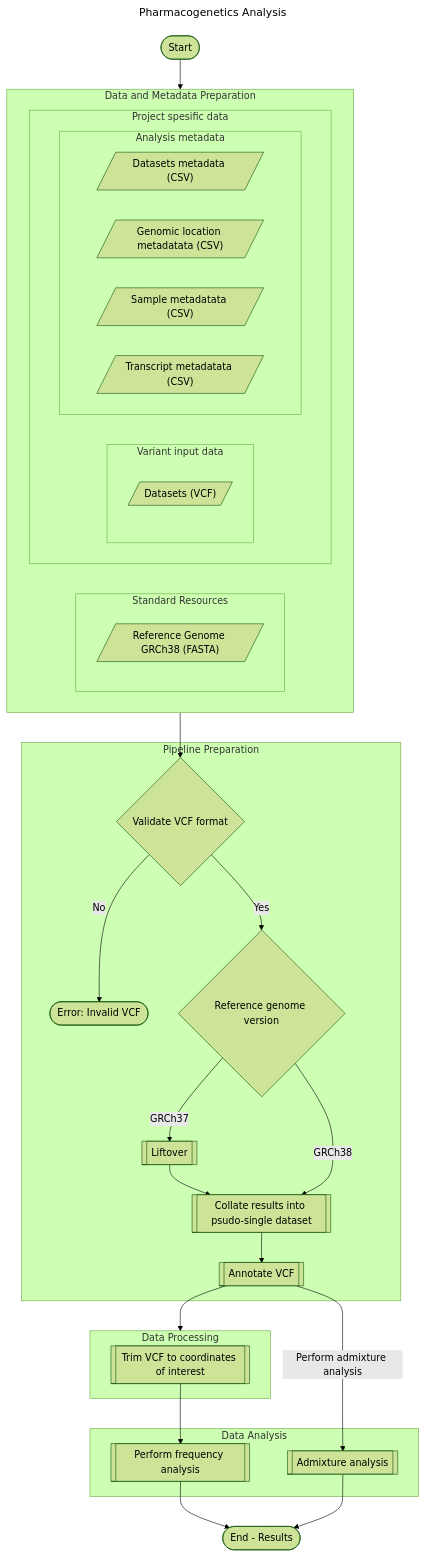
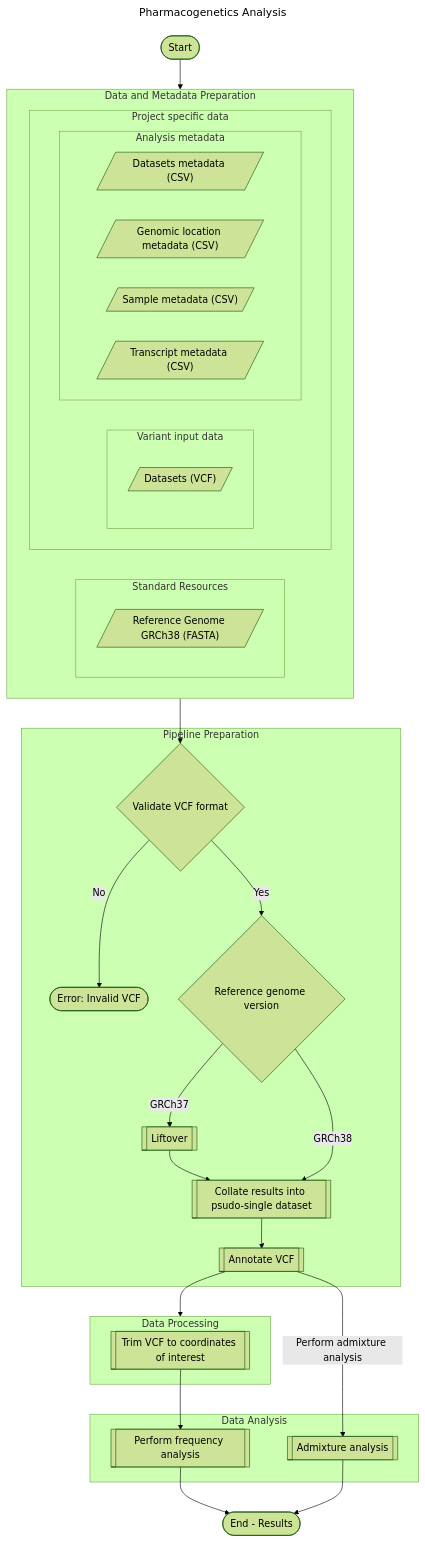
Before and after one commit to Tuks-ICMM/Pharmacogenetic-Analysis-Pipeline: the diagram in docs/overview/01-introduction.md, drawn with Mermaid (forest theme). The commit also changed 2 other files, not shown here.

Commit message:
Spell Checks and View-on-GitHub link

````diff
--- a/docs/overview/01-introduction.md
+++ b/docs/overview/01-introduction.md
@@ -14,65 +14,65 @@
 ```mermaid
 ---
 title: Pharmacogenetics Analysis
 ---
 flowchart TB
     START([Start])
     END([End - Results])
 
     subgraph dataPrep ["Data and Metadata Preparation"]
         %% Use LR to invert axis set by parent to effectively force relative "TB"
         direction LR
 
         subgraph Standard ["Standard Resources"]
             genomeFasta[/"Reference Genome GRCh38 (FASTA)"/]
         end
-        subgraph projectSpesific ["Project spesific data"]
+        subgraph projectSpecific ["Project specific data"]
             %% Use LR to invert axis set by parent to effectively force relative "TB"
             direction LR
             subgraph data ["Variant input data"]
                 datasetFiles[/"Datasets (VCF)"/]
             end
             subgraph metadata ["Analysis metadata"]
                 %% Use LR to invert axis set by parent to effectively force relative "TB"
                 direction LR
 
                 datasetMeta[/"Datasets metadata (CSV)"/]
-                locationMeta[/"Genomic location metadatata (CSV)"/]
-                sampleMeta[/"Sample metadatata (CSV)"/]
-                transcriptMeta[/"Transcript metadatata (CSV)"/]
+                locationMeta[/"Genomic location metadata (CSV)"/]
+                sampleMeta[/"Sample metadata (CSV)"/]
+                transcriptMeta[/"Transcript metadata (CSV)"/]
             end
         end
     end
     START --> dataPrep
     dataPrep --> VALIDATE
 
     subgraph prep [Pipeline Preparation]
 
 
         %% Choice START
         VALIDATE{Validate VCF format} --> |No|VCFERR([Error: Invalid VCF])
         VALIDATE --> |Yes|Qliftover{Reference genome version}
         %% Choice END
         Qliftover --> |GRCh37|LIFTOVER[[Liftover]]
         %% Choice START
         LIFTOVER --> COLLATE
         Qliftover --> |GRCh38|COLLATE[[Collate results into psudo-single dataset]]
         %% Choice END
 
         COLLATE --> ANNOTATE[[Annotate VCF]]
     end
     ANNOTATE --> processing
 
     subgraph processing [Data Processing]
         TRIM[[Trim VCF to coordinates of interest]]
     end
     TRIM --> FREQ
 
     subgraph analysis [Data Analysis]
         ANNOTATE --> |Perform admixture analysis|ADMIXTURE[[Admixture analysis]]
 
         FREQ[[Perform frequency analysis]]
     end
     FREQ --> END
     ADMIXTURE --> END
 ```
````
